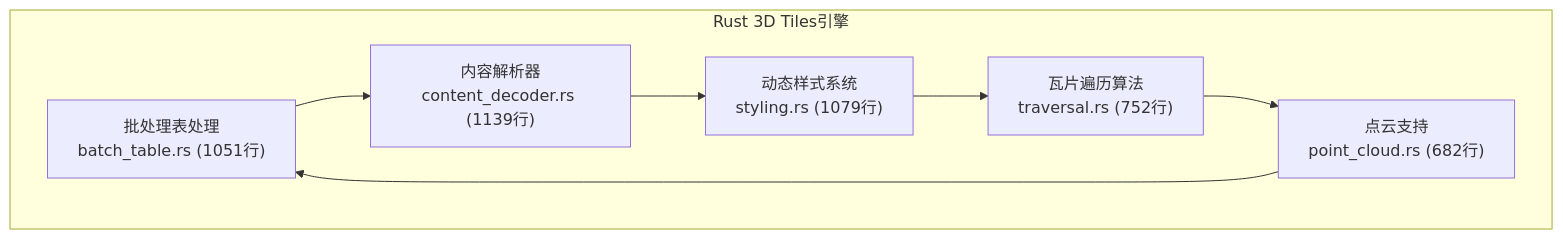
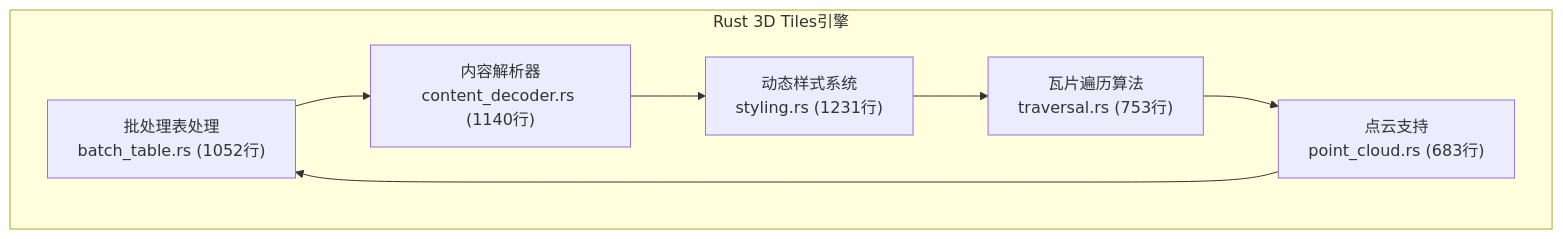
Before and after one commit to rzhangjing/cesium: the eighth of 10 diagrams in .qoder/repowiki/zh/content/项目概述/核心特性/3D数据格式支持/3D Tiles标准支持/瓦片集管理.md, drawn with Mermaid. The commit also changed other lines of this file and 57 other files, not shown here.

````diff
--- a/.qoder/repowiki/zh/content/项目概述/核心特性/3D数据格式支持/3D Tiles标准支持/瓦片集管理.md
+++ b/.qoder/repowiki/zh/content/项目概述/核心特性/3D数据格式支持/3D Tiles标准支持/瓦片集管理.md
@@ -385,15 +326,15 @@
 ```mermaid
 graph TB
 subgraph "Rust 3D Tiles引擎"
-BT["批处理表处理<br/>batch_table.rs (1051行)"]
-CD["内容解析器<br/>content_decoder.rs (1139行)"]
-ST["动态样式系统<br/>styling.rs (1079行)"]
-TR["瓦片遍历算法<br/>traversal.rs (752行)"]
-PC["点云支持<br/>point_cloud.rs (682行)"]
+BT["批处理表处理<br/>batch_table.rs (1052行)"]
+CD["内容解析器<br/>content_decoder.rs (1140行)"]
+ST["动态样式系统<br/>styling.rs (1231行)"]
+TR["瓦片遍历算法<br/>traversal.rs (753行)"]
+PC["点云支持<br/>point_cloud.rs (683行)"]
 end
 BT --> CD
 CD --> ST
 ST --> TR
 TR --> PC
 PC --> BT
 ```
````
